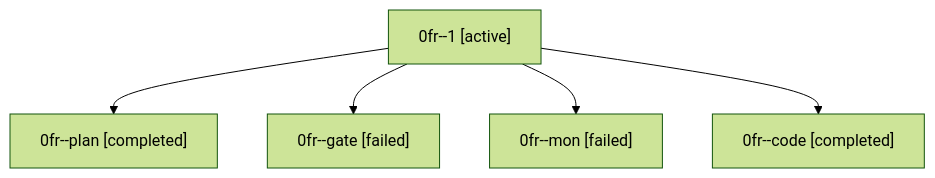
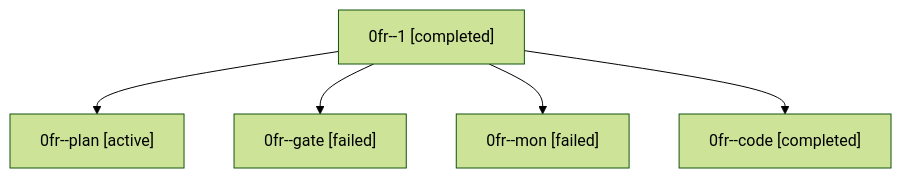
The diagram in families/bbugyi200.athena.0fr.md (sase-org/sase--agents), drawn with Mermaid (forest theme) before and after one commit. The commit also changed other lines of this file and 35830 other files, not shown here.

````diff
--- a/families/bbugyi200.athena.0fr.md
+++ b/families/bbugyi200.athena.0fr.md
@@ -9,12 +9,12 @@
 ```mermaid
 flowchart TD
-  n0["0fr--1 [active]"]
-  n1["0fr--plan [completed]"]
+  n0["0fr--1 [completed]"]
+  n1["0fr--plan [active]"]
   n0 --> n1
   n2["0fr--gate [failed]"]
   n0 --> n2
   n3["0fr--mon [failed]"]
   n0 --> n3
   n4["0fr--code [completed]"]
   n0 --> n4
 ```
````
